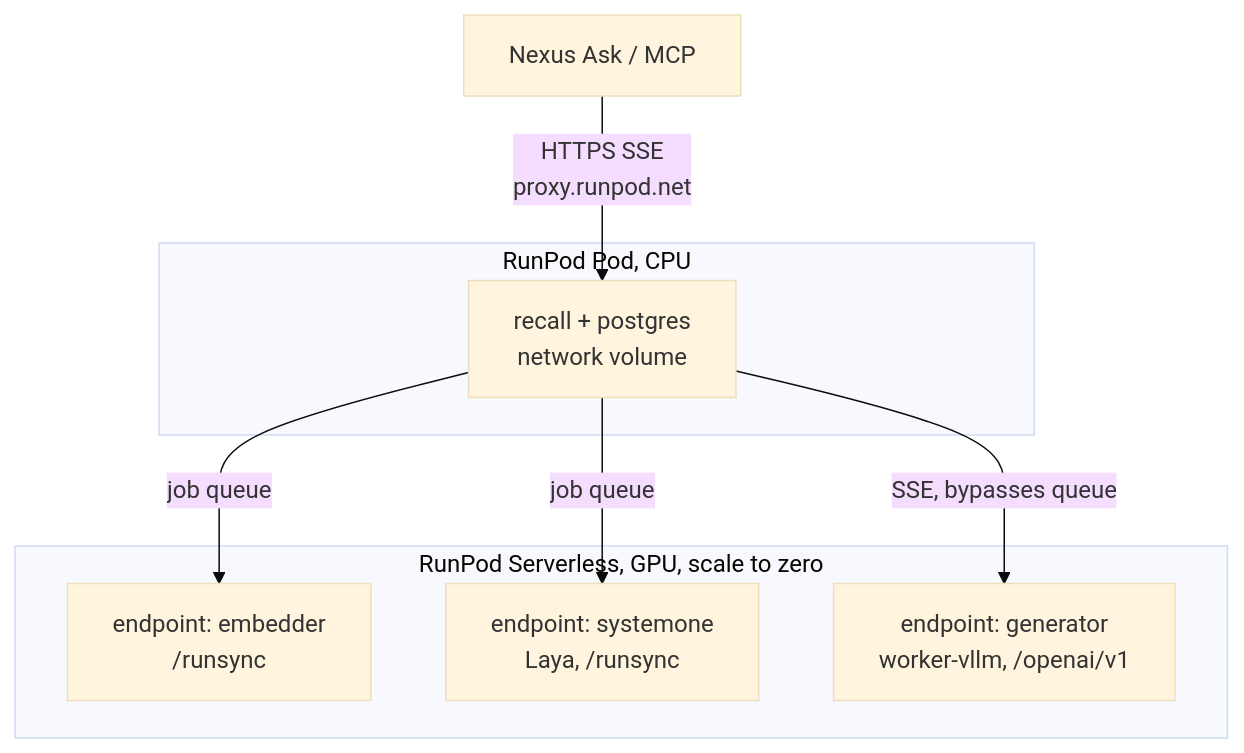
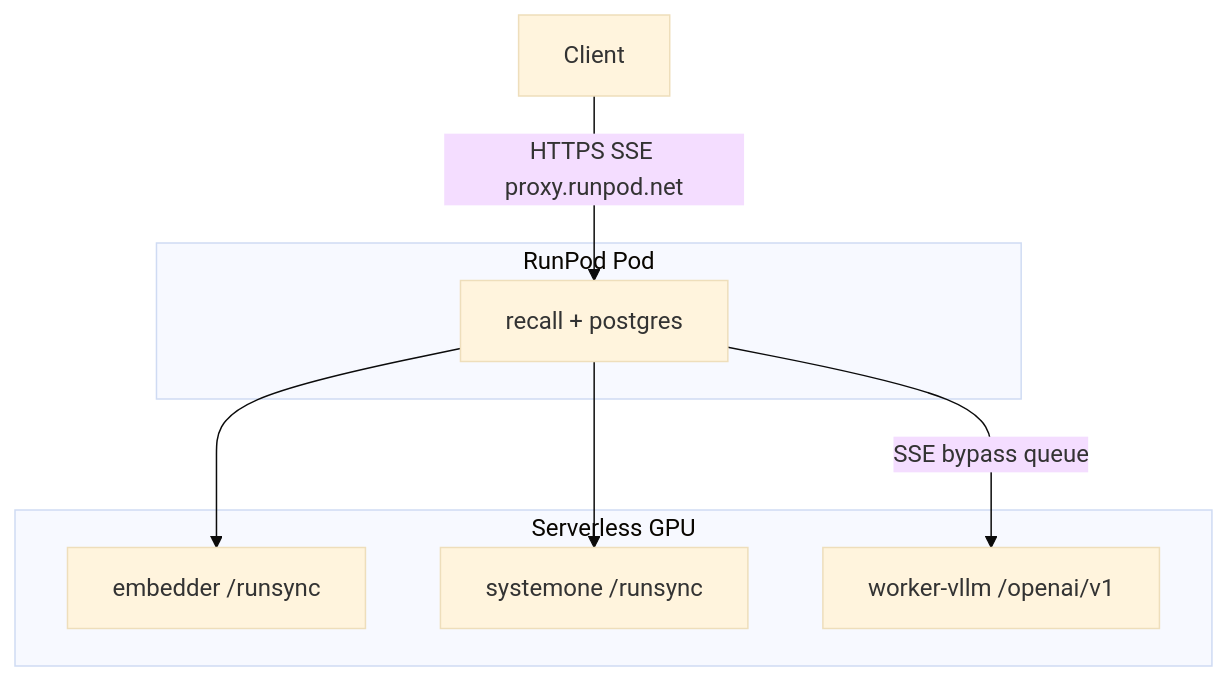
Before and after one commit to jose-salcedo-sp/recall: the third of 3 diagrams in plan.md, drawn with Mermaid (base theme). The commit also changed other lines of this file and 31 other files, not shown here.

````diff
--- a/plan.md
+++ b/plan.md
@@ -413,18 +241,15 @@
 ```mermaid
 flowchart TB
-  Client["Nexus Ask / MCP"] -->|"HTTPS SSE<br/>proxy.runpod.net"| Recall
-
-  subgraph pod [RunPod Pod, CPU]
-    Recall["recall + postgres<br/>network volume"]
+  Client -->|"HTTPS SSE proxy.runpod.net"| Recall
+  subgraph pod [RunPod Pod]
+    Recall["recall + postgres"]
   end
-
-  subgraph sl [RunPod Serverless, GPU, scale to zero]
-    Embed["endpoint: embedder<br/>/runsync"]
-    Sys1["endpoint: systemone<br/>Laya, /runsync"]
-    Gen["endpoint: generator<br/>worker-vllm, /openai/v1"]
+  subgraph sl [Serverless GPU]
+    Embed["embedder /runsync"]
+    Sys1["systemone /runsync"]
+    Gen["worker-vllm /openai/v1"]
   end
-
-  Recall -->|"job queue"| Embed
-  Recall -->|"job queue"| Sys1
-  Recall -->|"SSE, bypasses queue"| Gen
+  Recall --> Embed
+  Recall --> Sys1
+  Recall -->|"SSE bypass queue"| Gen
 ```
````
